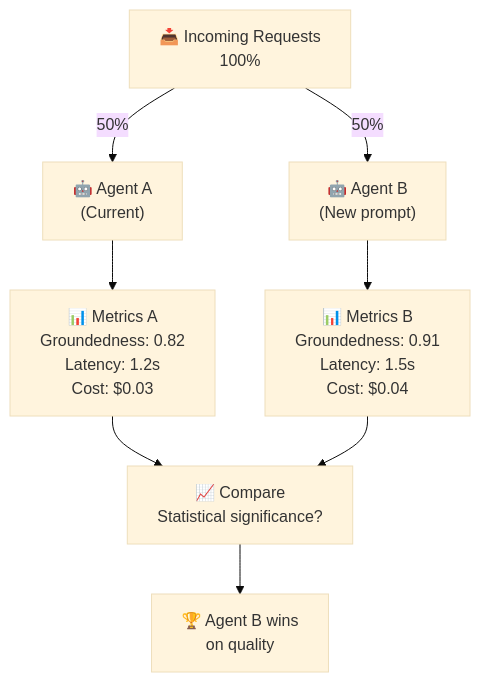
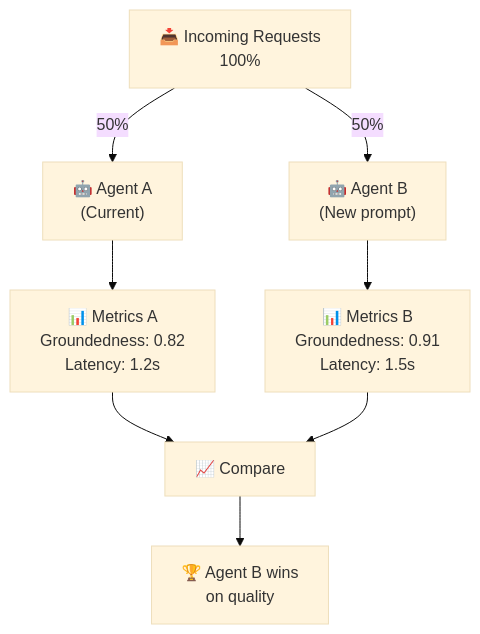
One commit to roie9876/AI-Agent-Platform changed diagram 13 of 15 in education/en/10-evaluation-engine.md. Above: the diagram before and after it, drawn with Mermaid (base theme). The commit also changed other lines of this file, not shown here.

````diff
--- a/education/en/10-evaluation-engine.md
+++ b/education/en/10-evaluation-engine.md
@@ -360,15 +428,15 @@
 ```mermaid
 graph TB
     Traffic["📥 Incoming Requests<br/>100%"]
     
     Traffic -->|"50%"| A["🤖 Agent A<br/>(Current)"]
     Traffic -->|"50%"| B["🤖 Agent B<br/>(New prompt)"]
     
-    A --> MetricsA["📊 Metrics A<br/>Groundedness: 0.82<br/>Latency: 1.2s<br/>Cost: #36;0.03"]
-    B --> MetricsB["📊 Metrics B<br/>Groundedness: 0.91<br/>Latency: 1.5s<br/>Cost: #36;0.04"]
+    A --> MetricsA["📊 Metrics A<br/>Groundedness: 0.82<br/>Latency: 1.2s"]
+    B --> MetricsB["📊 Metrics B<br/>Groundedness: 0.91<br/>Latency: 1.5s"]
     
-    MetricsA --> Compare["📈 Compare<br/>Statistical significance?"]
+    MetricsA --> Compare["📈 Compare"]
     MetricsB --> Compare
     
     Compare --> Decision["🏆 Agent B wins<br/>on quality"]
 ```
````
